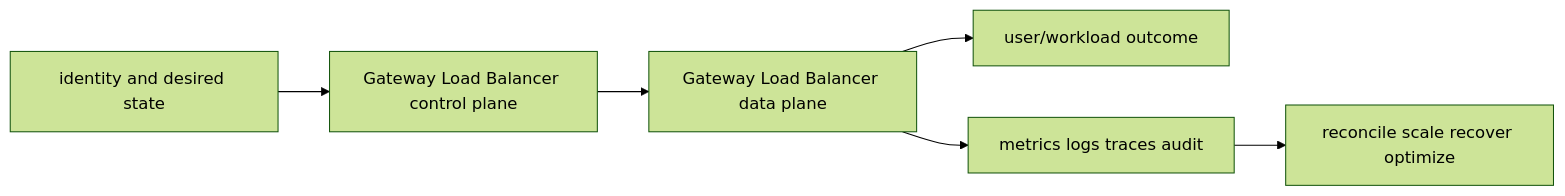
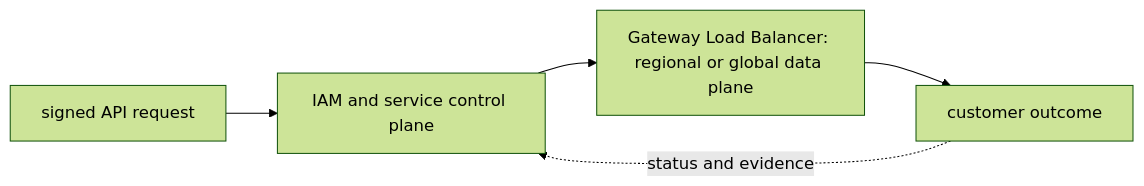
The diagram in 07-aws/04-load-balancing/03-gwlb/README.md (tomkidumbuyo/DevOps-interview-preparation), drawn with Mermaid (forest theme) before and after one commit. The commit also changed other lines of this file and 753 other files, not shown here.

````diff
--- a/07-aws/04-load-balancing/03-gwlb/README.md
+++ b/07-aws/04-load-balancing/03-gwlb/README.md
@@ -19,8 +31,7 @@
 ```mermaid
 flowchart LR
-  I[identity and desired state] --> C[Gateway Load Balancer control plane]
-  C --> D[Gateway Load Balancer data plane]
-  D --> U[user/workload outcome]
-  D --> O[metrics logs traces audit]
-  O --> R[reconcile scale recover optimize]
+  A["signed API request"] --> B["IAM and service control plane"]
+  B --> C["Gateway Load Balancer: regional or global data plane"]
+  C --> D["customer outcome"]
+  D -. "status and evidence" .-> B
 ```
````
